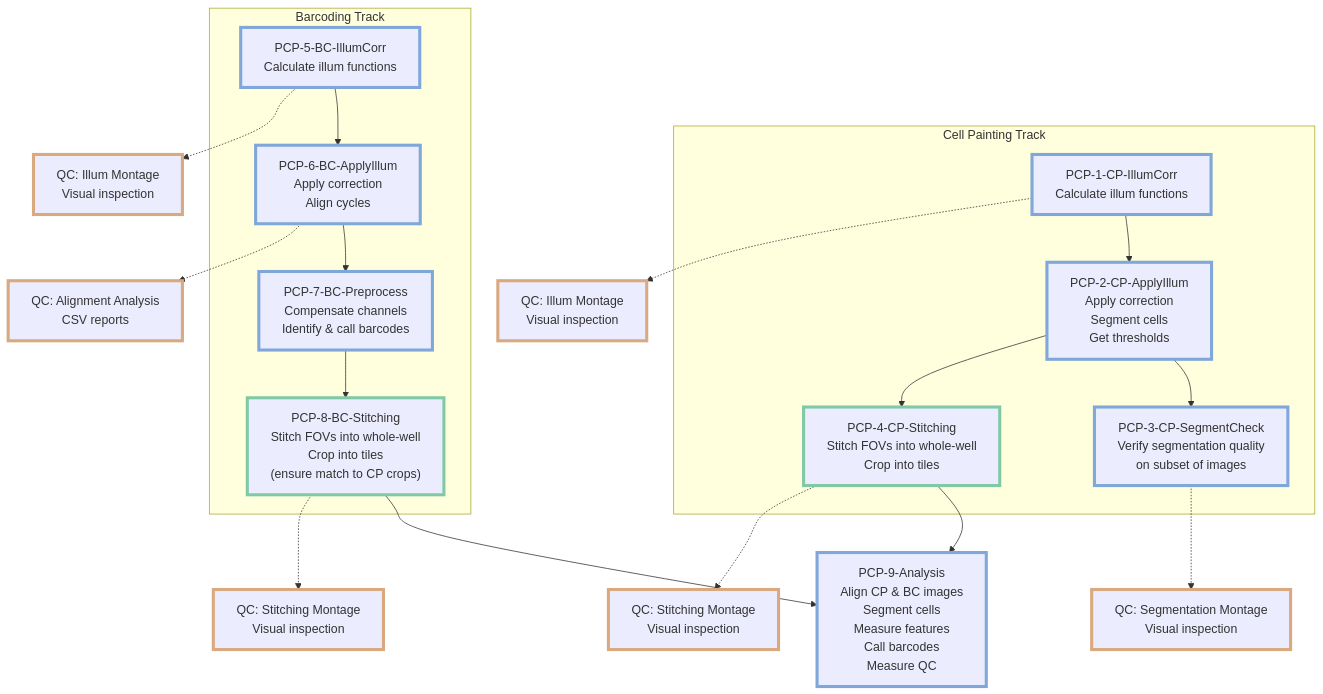
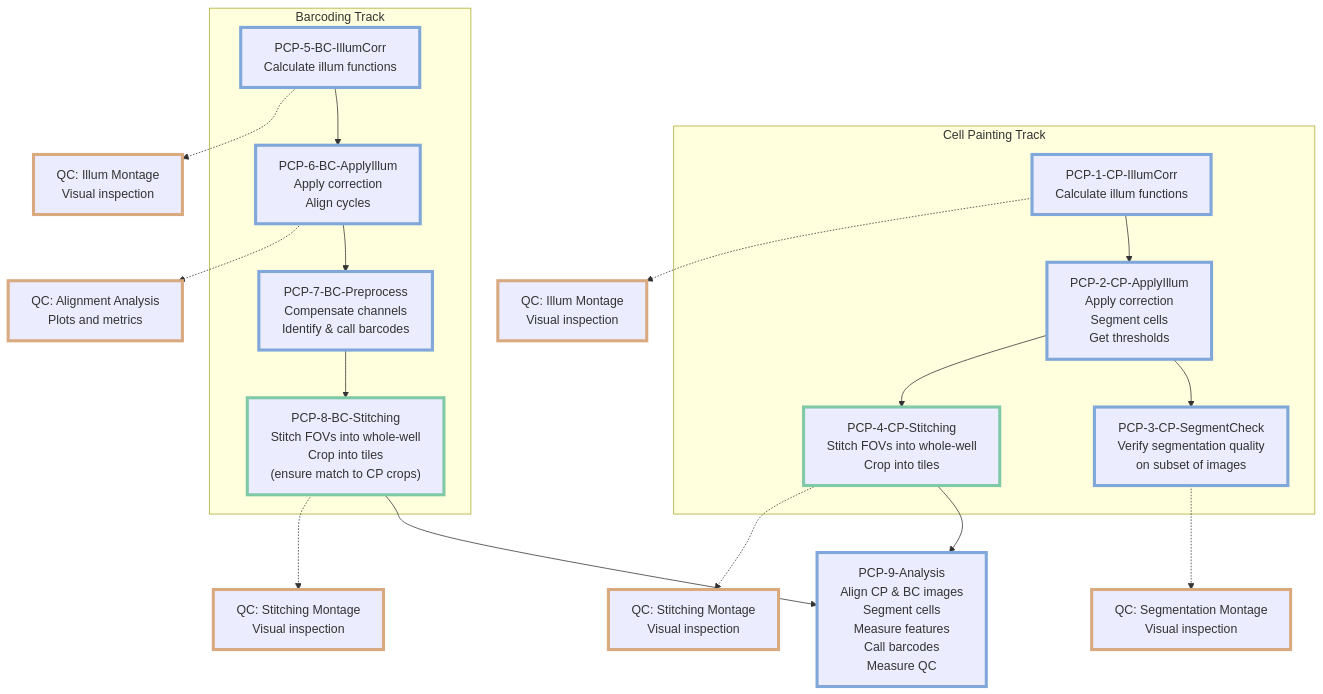
One commit to broadinstitute/nf-pooled-cellpainting-assets changed the diagram in pcpip/README.md. Above: the diagram before and after it, drawn with Mermaid. The commit also changed other lines of this file and 4 other files, not shown here.

````diff
--- a/pcpip/README.md
+++ b/pcpip/README.md
@@ -102,67 +102,67 @@
 ```mermaid
 flowchart TD
     %% Main pipelines with detailed descriptions
     subgraph "Cell Painting Track"
         PCP1["PCP-1-CP-IllumCorr
         Calculate illum functions"] -->
         PCP2["PCP-2-CP-ApplyIllum
         Apply correction
         Segment cells
         Get thresholds"] -->
         PCP3["PCP-3-CP-SegmentCheck
         Verify segmentation quality
         on subset of images"]
         PCP2 --> PCP4["PCP-4-CP-Stitching
         Stitch FOVs into whole-well
         Crop into tiles"]
     end
 
     subgraph "Barcoding Track"
         PCP5["PCP-5-BC-IllumCorr
         Calculate illum functions"] -->
         PCP6["PCP-6-BC-ApplyIllum
         Apply correction
         Align cycles"] -->
         PCP7["PCP-7-BC-Preprocess
         Compensate channels
         Identify & call barcodes"] -->
         PCP8["PCP-8-BC-Stitching
         Stitch FOVs into whole-well
         Crop into tiles
         (ensure match to CP crops)"]
     end
 
     PCP4 & PCP8 --> PCP9["PCP-9-Analysis
         Align CP & BC images
         Segment cells
         Measure features
         Call barcodes
         Measure QC"]
 
     PCP1 -.-> QC1["QC: Illum Montage
     Visual inspection"]
 
     PCP3 -.-> QC3["QC: Segmentation Montage
     Visual inspection"]
 
     PCP4 -.-> QC4["QC: Stitching Montage
     Visual inspection"]
 
     PCP5 -.-> QC5["QC: Illum Montage
     Visual inspection"]
 
     PCP6 -.-> QC6["QC: Alignment Analysis
-    CSV reports"]
+    Plots and metrics"]
 
     PCP8 -.-> QC8["QC: Stitching Montage
     Visual inspection"]
 
     %% Processing platforms
     classDef cellprofiler stroke:#7fa7d9,stroke-width:4px;
     classDef fiji stroke:#7fc9a6,stroke-width:4px;
     classDef qc stroke:#d9a97f,stroke-width:4px;
 
     class PCP1,PCP2,PCP3,PCP5,PCP6,PCP7,PCP7A,PCP8Y,PCP9,PCP6A cellprofiler
     class PCP4,PCP8,PCP8Z fiji
     class QC1,QC3,QC4,QC5,QC6,QC8 qc
 ```
````
